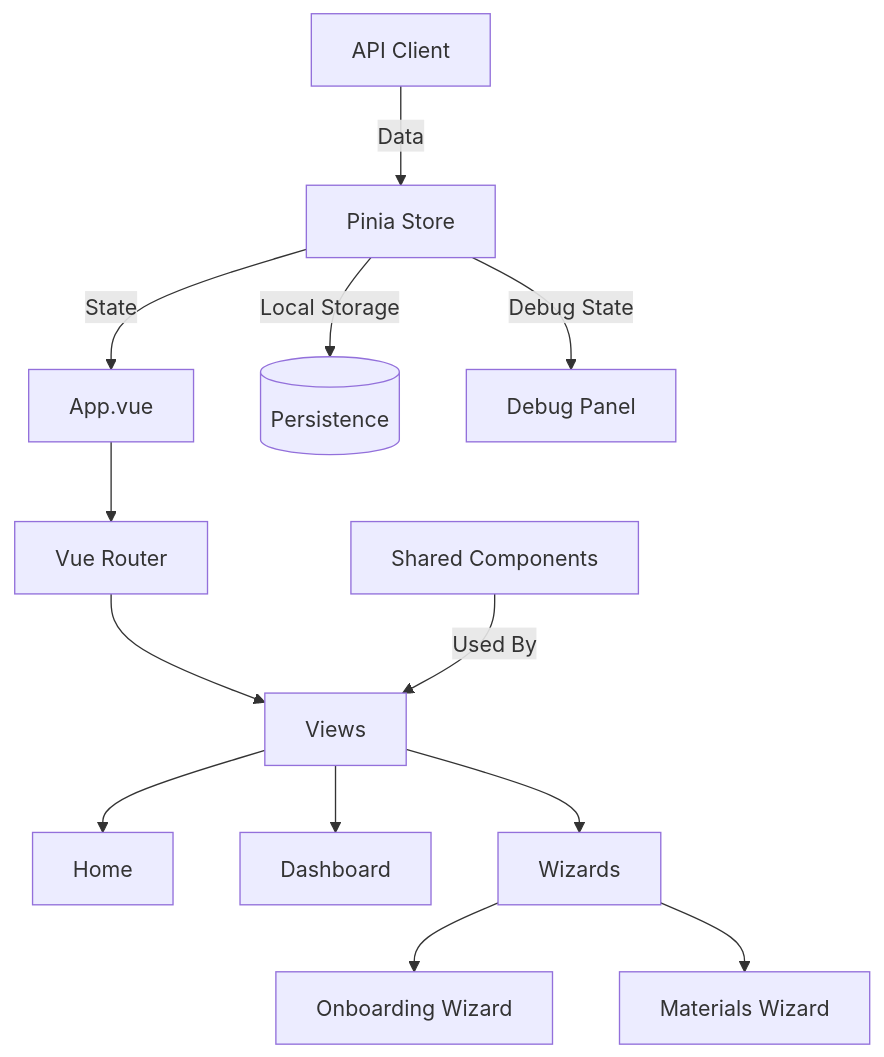
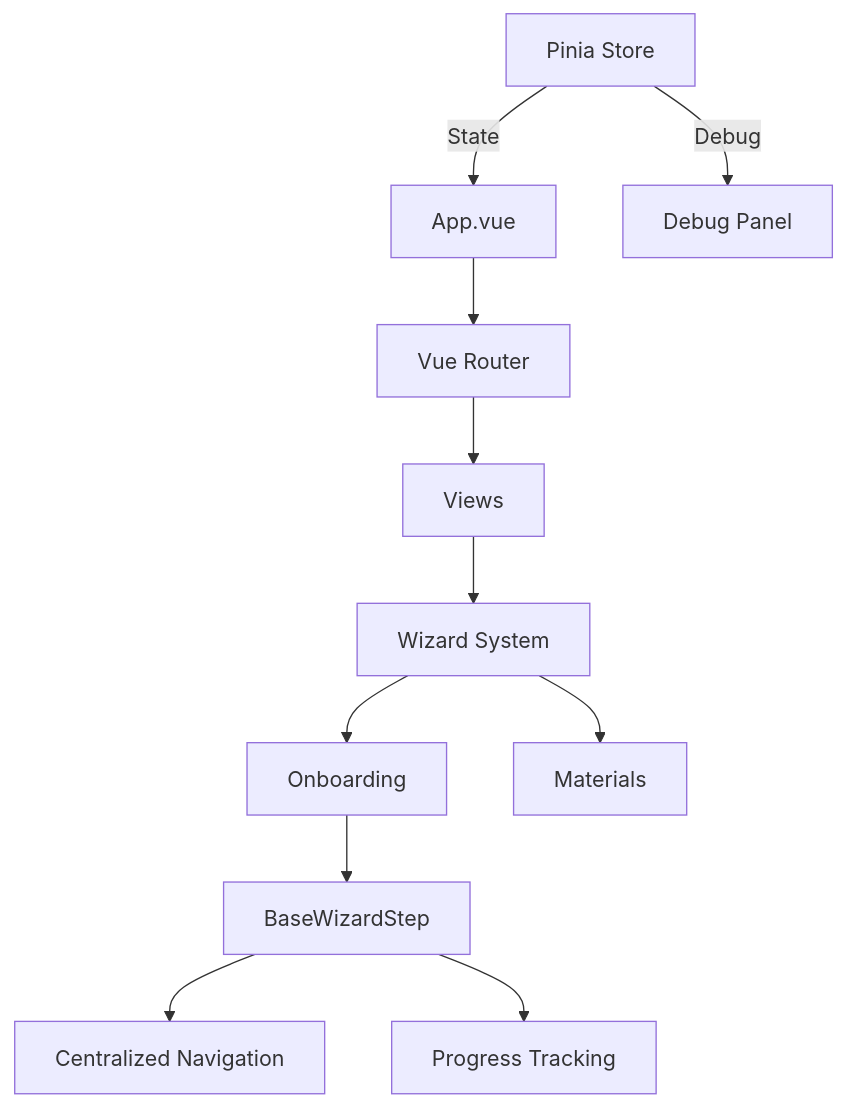
The second of 2 diagrams in README.md (eric-fern/wizardteach), drawn with Mermaid before and after one commit. The commit also changed other lines of this file and 10 other files, not shown here.

First line of the commit message:
feat(wizard): centralize navigation and enhance debugging

````diff
--- a/README.md
+++ b/README.md
@@ -48,26 +46,20 @@
 ```mermaid
 graph TD
     %% Core Application
     APP[App.vue] --> ROUTER[Vue Router]
     ROUTER --> VIEWS[Views]
     
     %% Main Views
-    VIEWS --> HOME[Home]
-    VIEWS --> DASHBOARD[Dashboard]
-    VIEWS --> WIZARDS[Wizards]
+    VIEWS --> WIZARD[Wizard System]
+    WIZARD --> ONBOARD[Onboarding]
+    WIZARD --> MATERIALS[Materials]
     
-    %% Wizard System
-    WIZARDS --> ONBOARD[Onboarding Wizard]
-    WIZARDS --> MATERIALS[Materials Wizard]
+    %% Wizard Components
+    ONBOARD --> BASE[BaseWizardStep]
+    BASE --> NAV[Centralized Navigation]
+    BASE --> PROGRESS[Progress Tracking]
     
     %% State Management
-    PINIA[Pinia Store] --> |State| APP
-    PINIA --> |Local Storage| PERSIST[(Persistence)]
-    PINIA --> |Debug State| DEBUG[Debug Panel]
-    
-    %% Shared Components
-    COMPONENTS[Shared Components] --> |Used By| VIEWS
-    
-    %% API Integration
-    API[API Client] --> |Data| PINIA
+    STORE[Pinia Store] --> |State| APP
+    STORE --> |Debug| DEBUG[Debug Panel]
 ```
````
